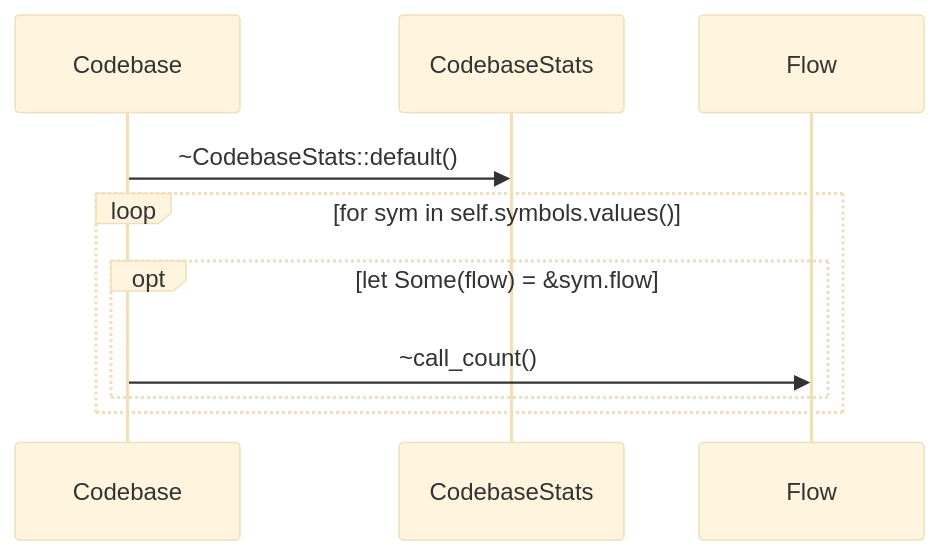
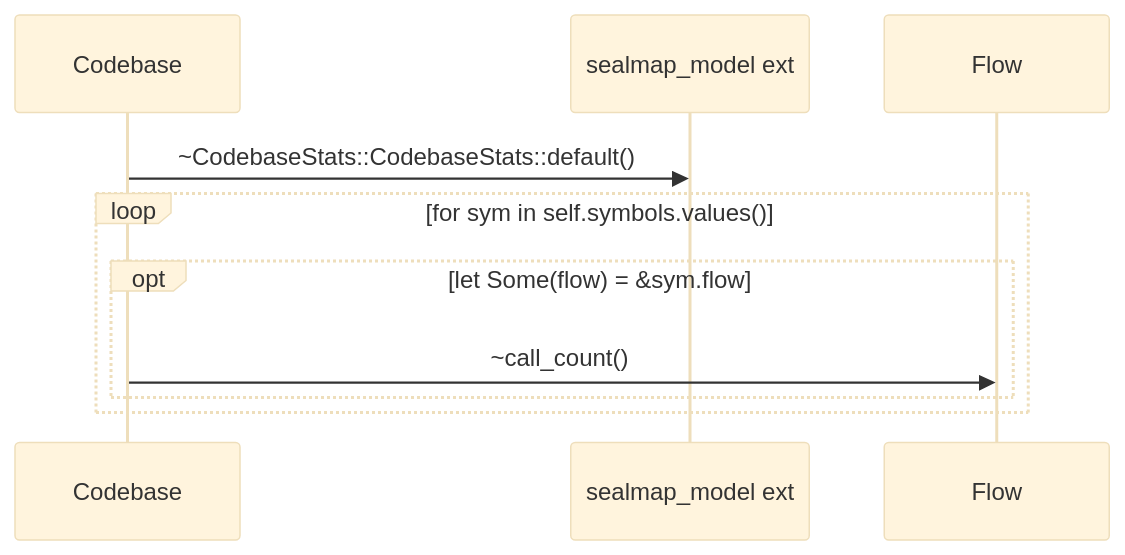
The sixth of 6 diagrams in docs/sealmap/crates/sealmap-model/src/codebase.rs.md (DreamLab-AI/codemaid), drawn with Mermaid (base theme) before and after one commit. The commit also changed other lines of this file and 45 other files, not shown here.

First line of the commit message:
docs: regenerate the self-corpus for sym: ids and schema v2

````diff
--- a/docs/sealmap/crates/sealmap-model/src/codebase.rs.md
+++ b/docs/sealmap/crates/sealmap-model/src/codebase.rs.md
@@ -105,12 +143,12 @@
 ```mermaid
 sequenceDiagram
-  participant sealmap_model__codebase__Codebase as Codebase
-  participant sealmap_model__codebase__CodebaseStats as CodebaseStats
-  participant sealmap_model__flow__Flow as Flow
-  sealmap_model__codebase__Codebase->>sealmap_model__codebase__CodebaseStats: ~CodebaseStats::default()
+  participant sealmap_model__codebase___tCodebase as Codebase
+  participant _sealmap_model as sealmap_model ext
+  participant sealmap_model__flow___tFlow as Flow
+  sealmap_model__codebase___tCodebase->>_sealmap_model: ~CodebaseStats::CodebaseStats::default()
   loop for sym in self.symbols.values()
     opt let Some(flow) = &sym.flow
-      sealmap_model__codebase__Codebase->>sealmap_model__flow__Flow: ~call_count()
+      sealmap_model__codebase___tCodebase->>sealmap_model__flow___tFlow: ~call_count()
     end
   end
 ```
````
